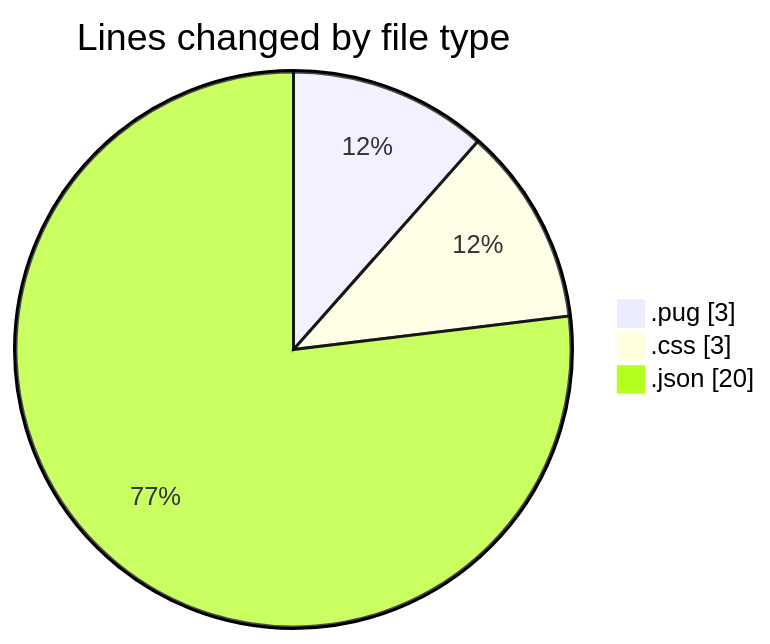
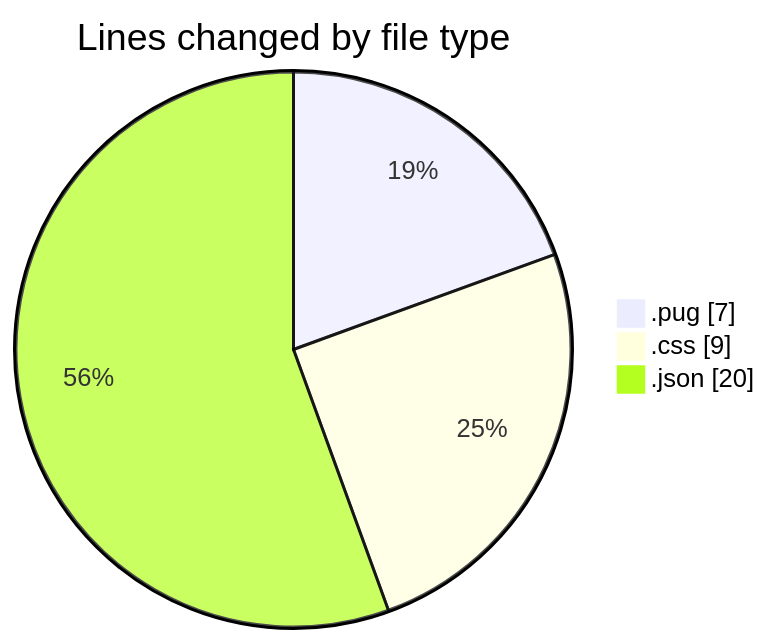
The first of 2 diagrams in 2025-11-06/cda/README.md (momahboobian/code-tracking), drawn with Mermaid before and after one commit. The commit also changed other lines of this file and 1 other file, not shown here.

````diff
--- a/2025-11-06/cda/README.md
+++ b/2025-11-06/cda/README.md
@@ -22,7 +22,7 @@
 ```mermaid
 pie showData
 title Lines changed by file type
-".pug" : 3
-".css" : 3
+".pug" : 7
+".css" : 9
 ".json" : 20
 ```
````
